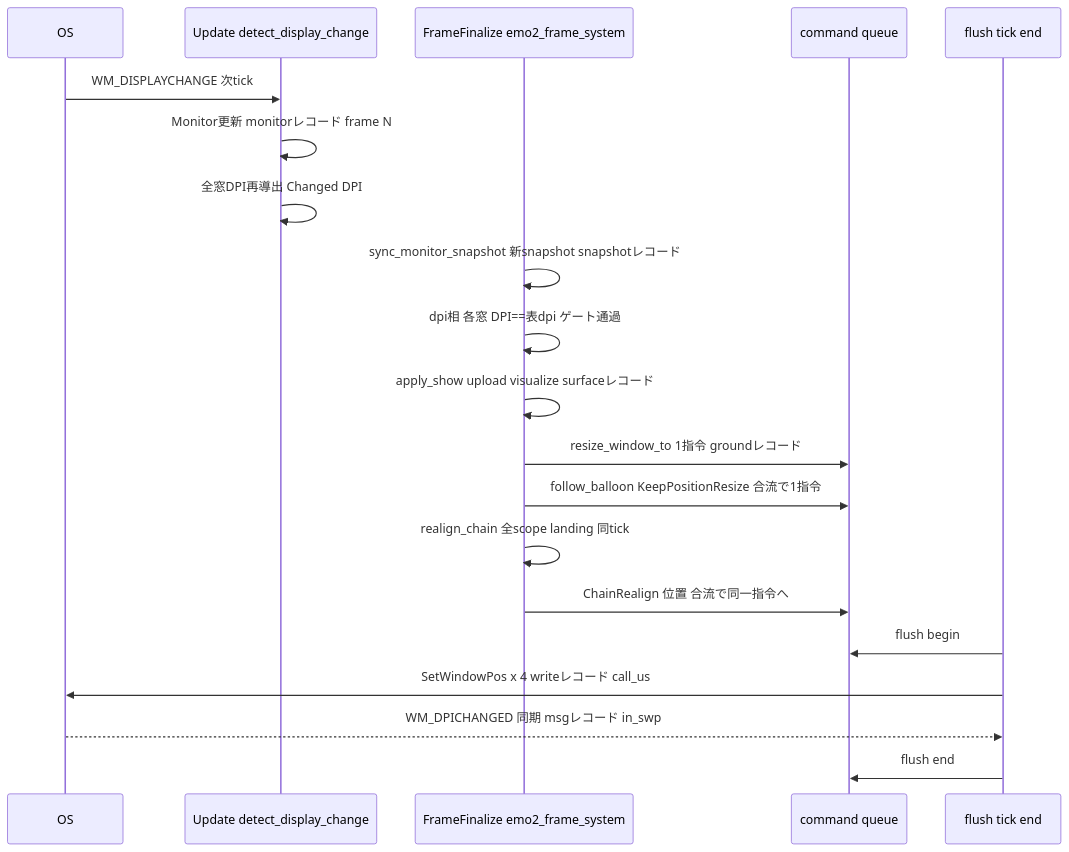
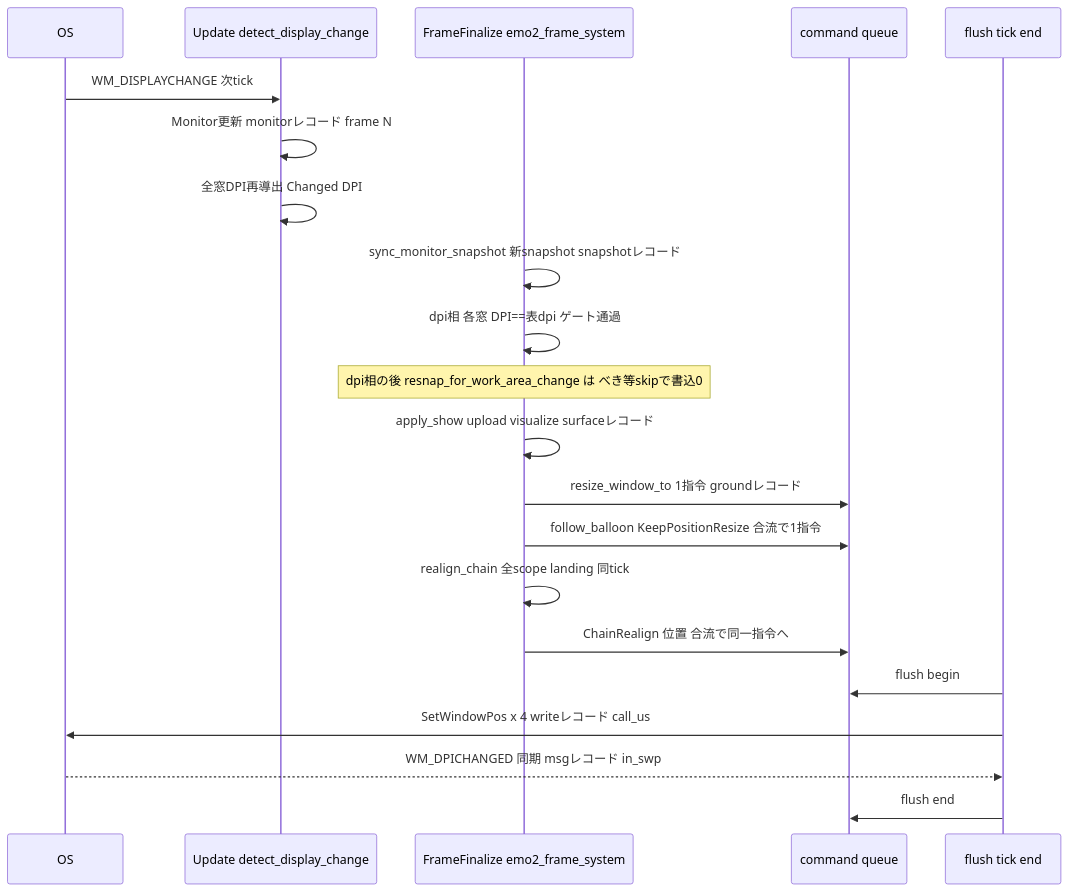
The second of 4 diagrams in .kiro/specs/areka-P0-dpi-transition-atomicity/design.md (ekicyou/areka), drawn with Mermaid before and after one commit. The commit also changed other lines of this file and 1 other file, not shown here.

````diff
--- a/.kiro/specs/areka-P0-dpi-transition-atomicity/design.md
+++ b/.kiro/specs/areka-P0-dpi-transition-atomicity/design.md
@@ -237,22 +233,23 @@
 ```mermaid
 sequenceDiagram
     participant OS
     participant Upd as Update detect_display_change
     participant FF as FrameFinalize emo2_frame_system
     participant Q as command queue
     participant FL as flush tick end
     OS->>Upd: WM_DISPLAYCHANGE 次tick
     Upd->>Upd: Monitor更新 monitorレコード frame N
     Upd->>Upd: 全窓DPI再導出 Changed DPI
     FF->>FF: sync_monitor_snapshot 新snapshot snapshotレコード
     FF->>FF: dpi相 各窓 DPI==表dpi ゲート通過
+    Note over FF: dpi相の後 resnap_for_work_area_change は べき等skipで書込0
     FF->>FF: apply_show upload visualize surfaceレコード
     FF->>Q: resize_window_to 1指令 groundレコード
     FF->>Q: follow_balloon KeepPositionResize 合流で1指令
     FF->>FF: realign_chain 全scope landing 同tick
     FF->>Q: ChainRealign 位置 合流で同一指令へ
     FL->>Q: flush begin
     FL->>OS: SetWindowPos x 4 writeレコード call_us
     OS-->>FL: WM_DPICHANGED 同期 msgレコード in_swp
     FL->>Q: flush end
 ```
````
